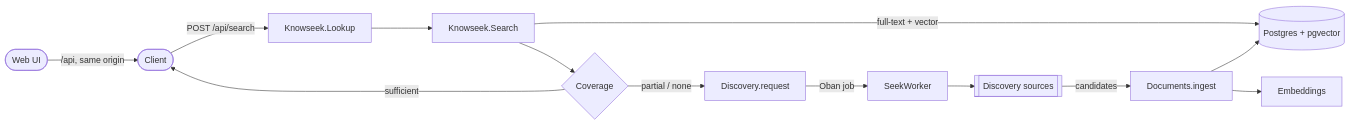
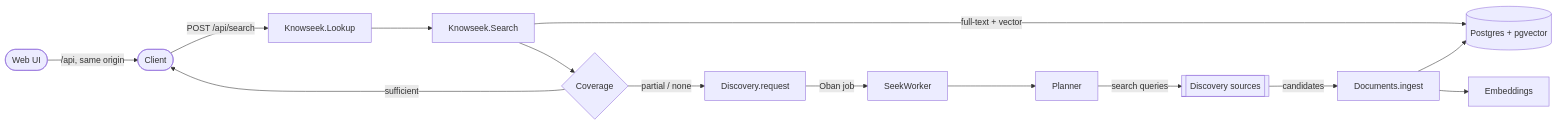
The first of 2 diagrams in docs/ARCHITECTURE.md (williamge/knowseek), drawn with Mermaid before and after one commit. The commit also changed other lines of this file and 24 other files, not shown here.

````diff
--- a/docs/ARCHITECTURE.md
+++ b/docs/ARCHITECTURE.md
@@ -5,15 +5,16 @@
 ```mermaid
 flowchart LR
     web([Web UI]) -->|/api, same origin| client([Client])
     client -->|POST /api/search| lookup[Knowseek.Lookup]
     lookup --> search[Knowseek.Search]
     search -->|full-text + vector| pg[(Postgres + pgvector)]
     search --> coverage{Coverage}
     coverage -->|sufficient| client
     coverage -->|partial / none| enqueue[Discovery.request]
     enqueue -->|Oban job| seek[SeekWorker]
-    seek --> sources[[Discovery sources]]
+    seek --> planner[Planner]
+    planner -->|search queries| sources[[Discovery sources]]
     sources -->|candidates| ingest[Documents.ingest]
     ingest --> embed[Embeddings]
     ingest --> pg
 ```
````
